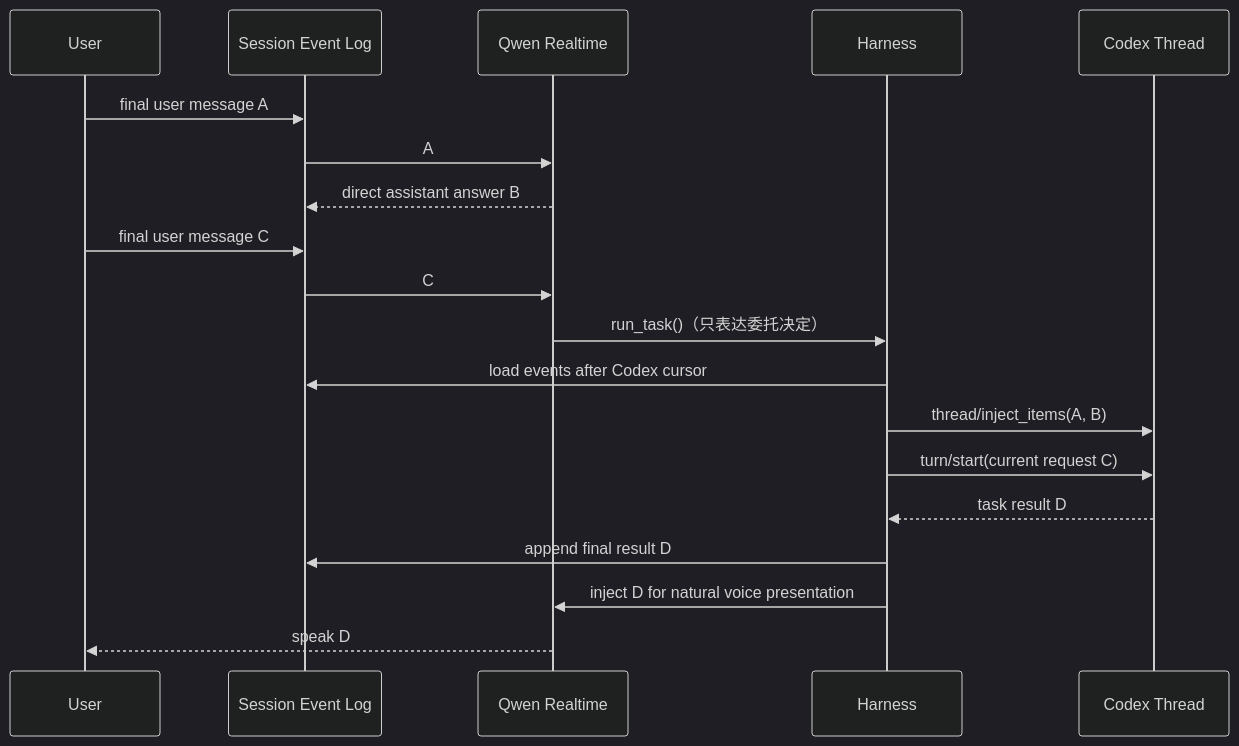
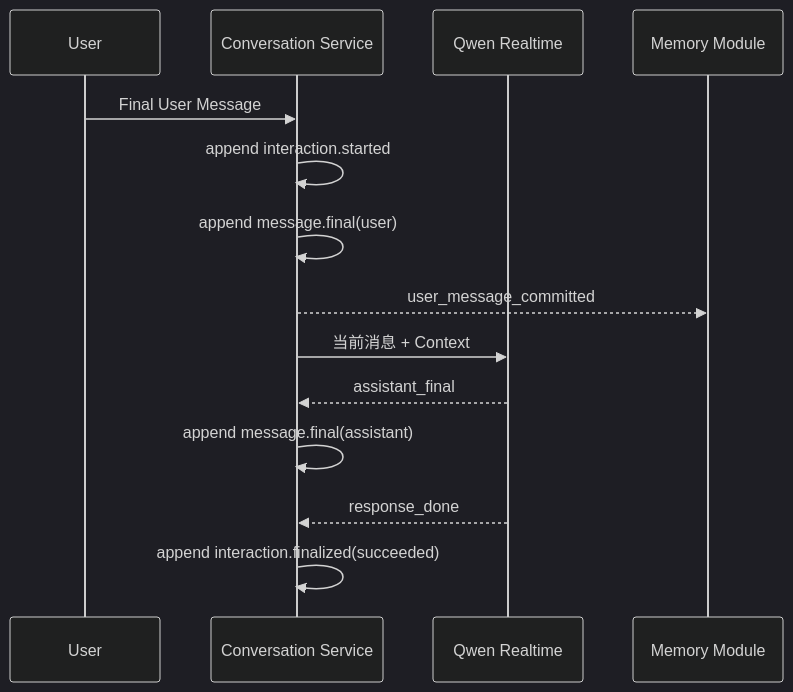
The second of 4 diagrams in docs/BoxAgent-Phase3-Conversation-Context-设计.md (kono-dada/BoxAgent), drawn with Mermaid (dark theme) before and after one commit. The commit also changed other lines of this file and 2 other files, not shown here.

Commit message:
docs: rewrite current architecture guides

````diff
--- a/docs/BoxAgent-Phase3-Conversation-Context-设计.md
+++ b/docs/BoxAgent-Phase3-Conversation-Context-设计.md
@@ -370,22 +158,17 @@
 ```mermaid
 sequenceDiagram
     participant U as User
-    participant S as Session Event Log
+    participant C as Conversation Service
     participant Q as Qwen Realtime
-    participant H as Harness
-    participant C as Codex Thread
+    participant M as Memory Module
 
-    U->>S: final user message A
-    S->>Q: A
-    Q-->>S: direct assistant answer B
-    U->>S: final user message C
-    S->>Q: C
-    Q->>H: run_task()（只表达委托决定）
-    H->>S: load events after Codex cursor
-    H->>C: thread/inject_items(A, B)
-    H->>C: turn/start(current request C)
-    C-->>H: task result D
-    H->>S: append final result D
-    H->>Q: inject D for natural voice presentation
-    Q-->>U: speak D
+    U->>C: Final User Message
+    C->>C: append interaction.started
+    C->>C: append message.final(user)
+    C-->>M: user_message_committed
+    C->>Q: 当前消息 + Context
+    Q-->>C: assistant_final
+    C->>C: append message.final(assistant)
+    Q-->>C: response_done
+    C->>C: append interaction.finalized(succeeded)
 ```
````
